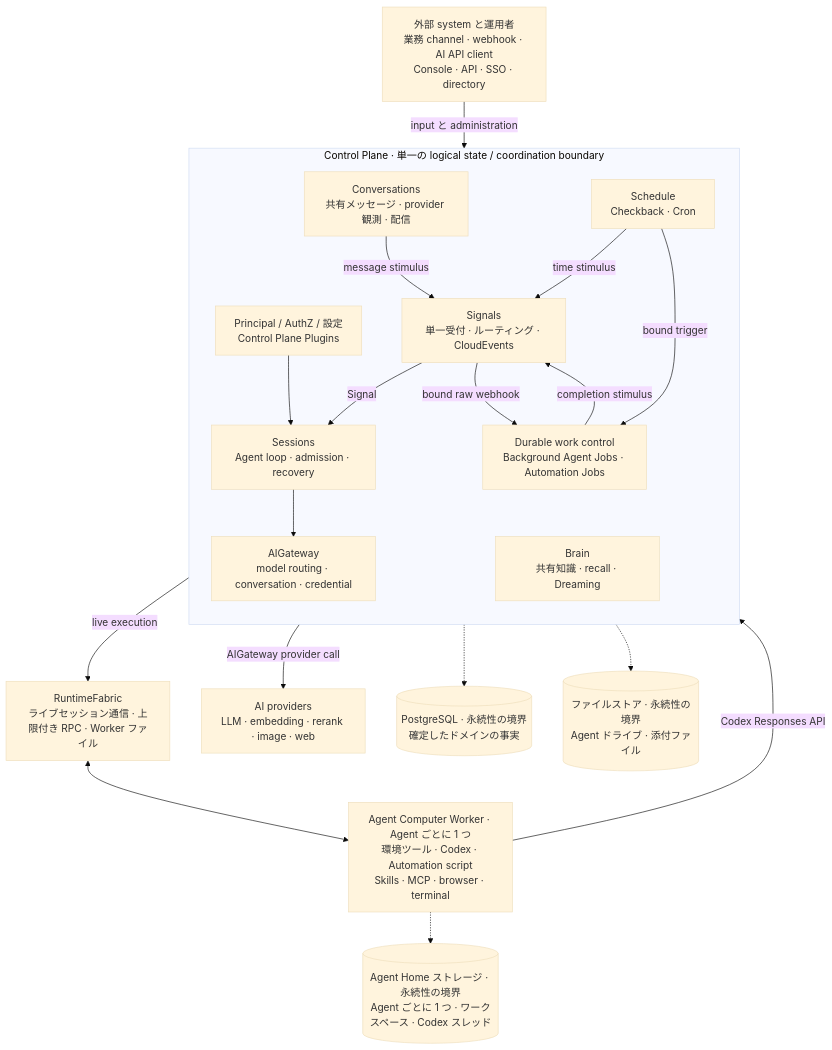
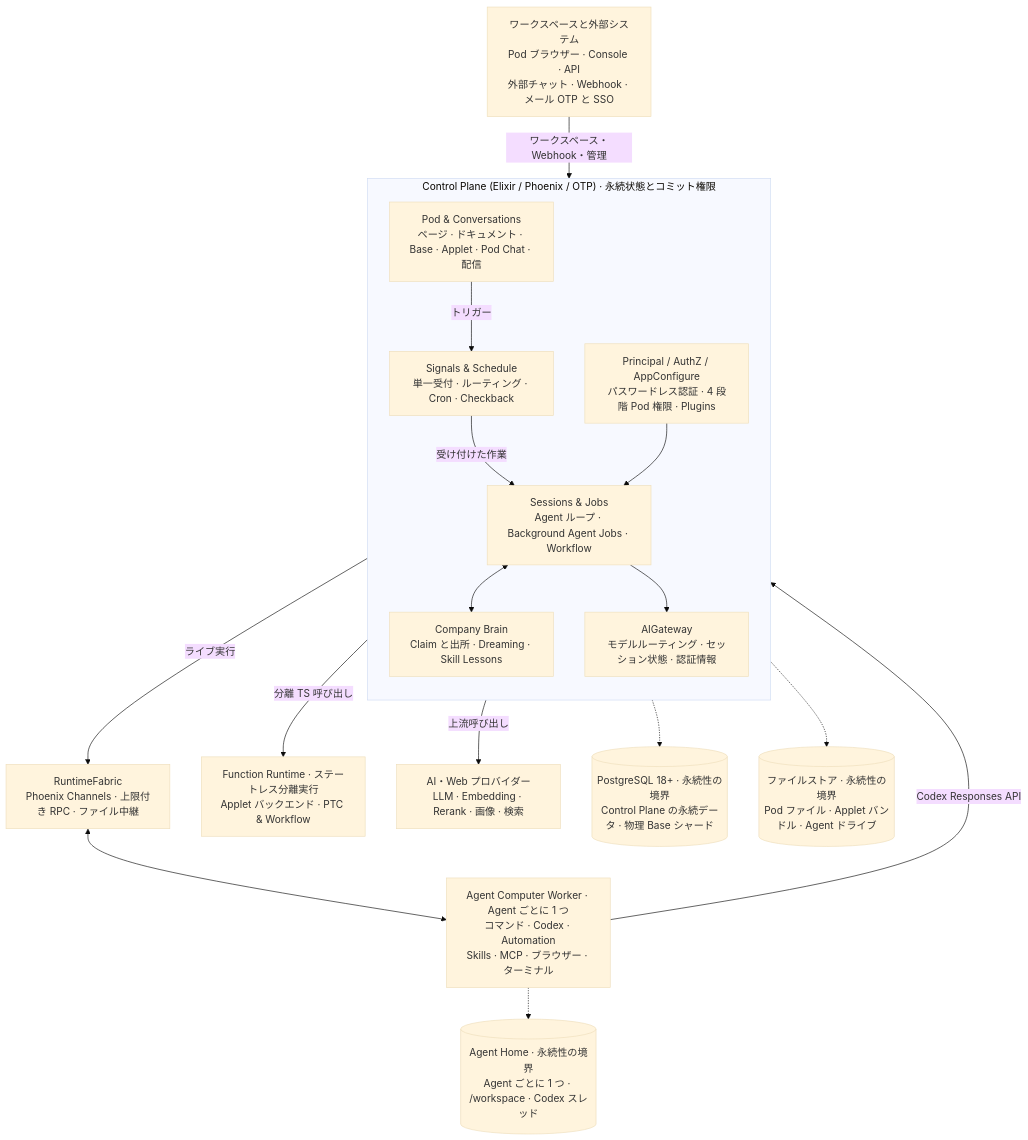
One commit to AgentBull/ankole changed the diagram in README.ja.md. Above: the diagram before and after it, drawn with Mermaid (base theme). The commit also changed other lines of this file and 556 other files, not shown here.

First line of the commit message:
feat: add local function runtime image management and sccache support

````diff
--- a/README.ja.md
+++ b/README.ja.md
@@ -152,41 +150,38 @@
 ```mermaid
 flowchart TB
-  External["外部 system と運用者<br/>業務 channel · webhook · AI API client<br/>Console · API · SSO · directory"]
+  External["ワークスペースと外部システム<br/>Pod ブラウザー · Console · API<br/>外部チャット · Webhook · メール OTP と SSO"]
 
-  subgraph Control["Control Plane · 単一の logical state / coordination boundary"]
+  subgraph Control["Control Plane (Elixir / Phoenix / OTP) · 永続状態とコミット権限"]
     direction TB
-    Platform["Principal / AuthZ / 設定<br/>Control Plane Plugins"]
-    Convo["Conversations<br/>共有メッセージ · provider 観測 · 配信"]
-    Signals["Signals<br/>単一受付 · ルーティング · CloudEvents"]
-    Schedule["Schedule<br/>Checkback · Cron"]
-    Runtime["Sessions<br/>Agent loop · admission · recovery"]
-    Jobs["Durable work control<br/>Background Agent Jobs · Automation Jobs"]
-    Brain["Brain<br/>共有知識 · recall · Dreaming"]
-    AI["AIGateway<br/>model routing · conversation · credential"]
+    Pod["Pod & Conversations<br/>ページ · ドキュメント · Base · Applet · Pod Chat · 配信"]
+    Platform["Principal / AuthZ / AppConfigure<br/>パスワードレス認証 · 4 段階 Pod 権限 · Plugins"]
+    Signals["Signals & Schedule<br/>単一受付 · ルーティング · Cron · Checkback"]
+    Runtime["Sessions & Jobs<br/>Agent ループ · Background Agent Jobs · Workflow"]
+    Brain["Company Brain<br/>Claim と出所 · Dreaming · Skill Lessons"]
+    AI["AIGateway<br/>モデルルーティング · セッション状態 · 認証情報"]
   end
 
-  Fabric["RuntimeFabric<br/>ライブセッション通信 · 上限付き RPC · Worker ファイル"]
-  Workers["Agent Computer Worker · Agent ごとに 1 つ<br/>環境ツール · Codex · Automation script<br/>Skills · MCP · browser · terminal"]
-  Providers["AI providers<br/>LLM · embedding · rerank · image · web"]
+  Fabric["RuntimeFabric<br/>Phoenix Channels · 上限付き RPC · ファイル中継"]
+  Workers["Agent Computer Worker · Agent ごとに 1 つ<br/>コマンド · Codex · Automation<br/>Skills · MCP · ブラウザー · ターミナル"]
+  FnRuntime["Function Runtime · ステートレス分離実行<br/>Applet バックエンド · PTC & Workflow"]
+  Providers["AI・Web プロバイダー<br/>LLM · Embedding · Rerank · 画像 · 検索"]
 
-  PG[("PostgreSQL · 永続性の境界<br/>確定したドメインの事実")]
-  Files[("ファイルストア · 永続性の境界<br/>Agent ドライブ · 添付ファイル")]
-  Homes[("Agent Home ストレージ · 永続性の境界<br/>Agent ごとに 1 つ · ワークスペース · Codex スレッド")]
+  PG[("PostgreSQL 18+ · 永続性の境界<br/>Control Plane の永続データ · 物理 Base シャード")]
+  Files[("ファイルストア · 永続性の境界<br/>Pod ファイル · Applet バンドル · Agent ドライブ")]
+  Homes[("Agent Home · 永続性の境界<br/>Agent ごとに 1 つ · /workspace · Codex スレッド")]
 
-  External -->|"input と administration"| Control
-  Convo -->|"message stimulus"| Signals
-  Schedule -->|"time stimulus"| Signals
-  Jobs -->|"completion stimulus"| Signals
-  Signals -->|"Signal"| Runtime
-  Signals -->|"bound raw webhook"| Jobs
-  Schedule -->|"bound trigger"| Jobs
+  External -->|"ワークスペース・Webhook・管理"| Control
+  Pod -->|"トリガー"| Signals
+  Signals -->|"受け付けた作業"| Runtime
   Platform --> Runtime
+  Runtime <--> Brain
   Runtime --> AI
-  Control -->|"live execution"| Fabric
+  Control -->|"分離 TS 呼び出し"| FnRuntime
+  Control -->|"ライブ実行"| Fabric
   Fabric <--> Workers
   Workers -->|"Codex Responses API"| AI
-  Control -->|"AIGateway provider call"| Providers
+  AI -->|"上流呼び出し"| Providers
   Control -.-> PG
   Control -.-> Files
   Workers -.-> Homes
 ```
````
